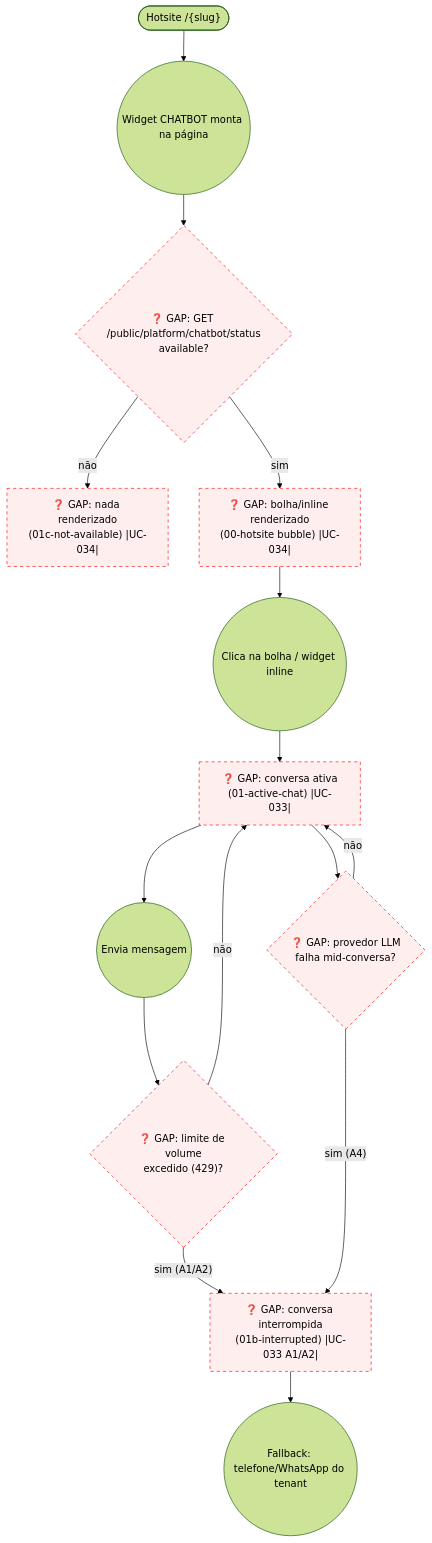
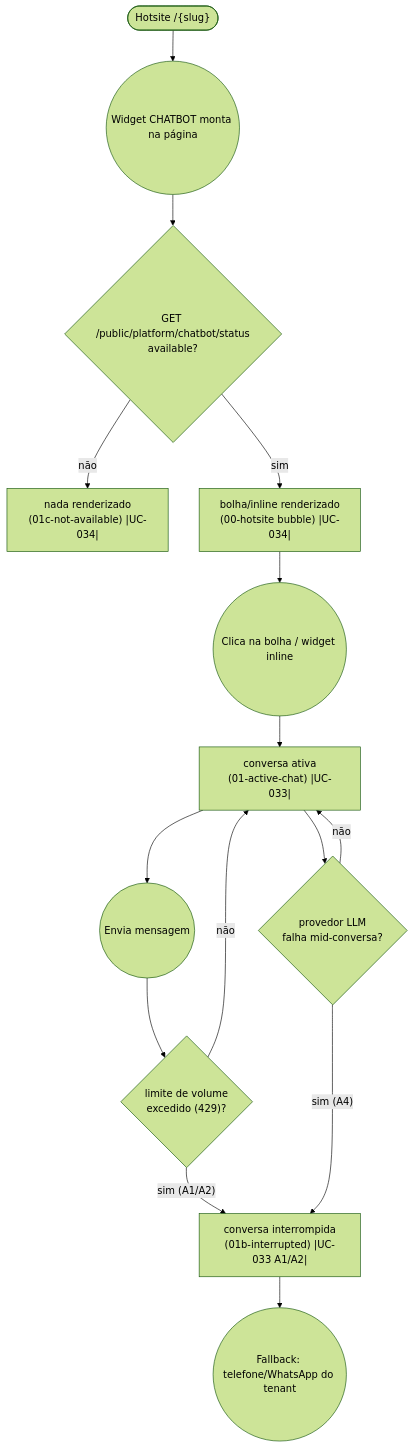
One commit to lmmoreira/ikaro changed the diagram in plan/journey/guest/ask-chatbot.md. Above: the diagram before and after it, drawn with Mermaid (forest theme). The commit also changed other lines of this file and 37 other files, not shown here.

First line of the commit message:
feat(platform): CHATBOT module type + widget component + page.tsx registration (M19-S11) (#385)

````diff
--- a/plan/journey/guest/ask-chatbot.md
+++ b/plan/journey/guest/ask-chatbot.md
@@ -10,25 +10,21 @@
 ```mermaid
 flowchart TD
-    classDef gap stroke:#f00,stroke-dasharray: 5 5,fill:#fee
-
     Start(["Hotsite /{slug}"]) --> Mount(("Widget CHATBOT monta na página"))
-    Mount --> StatusCheck{"❓ GAP: GET /public/platform/chatbot/status<br/>available?"}
-    StatusCheck -- "não" --> NotAvailable["❓ GAP: nada renderizado<br/>(01c-not-available) |UC-034|"]
-    StatusCheck -- "sim" --> Widget["❓ GAP: bolha/inline renderizado<br/>(00-hotsite bubble) |UC-034|"]
+    Mount --> StatusCheck{"GET /public/platform/chatbot/status<br/>available?"}
+    StatusCheck -- "não" --> NotAvailable["nada renderizado<br/>(01c-not-available) |UC-034|"]
+    StatusCheck -- "sim" --> Widget["bolha/inline renderizado<br/>(00-hotsite bubble) |UC-034|"]
 
     Widget --> ClickBubble(("Clica na bolha / widget inline"))
-    ClickBubble --> ActiveChat["❓ GAP: conversa ativa<br/>(01-active-chat) |UC-033|"]
+    ClickBubble --> ActiveChat["conversa ativa<br/>(01-active-chat) |UC-033|"]
 
     ActiveChat --> SendMsg(("Envia mensagem"))
-    SendMsg --> CapCheck{"❓ GAP: limite de volume<br/>excedido (429)?"}
-    CapCheck -- "sim (A1/A2)" --> Interrupted["❓ GAP: conversa interrompida<br/>(01b-interrupted) |UC-033 A1/A2|"]
+    SendMsg --> CapCheck{"limite de volume<br/>excedido (429)?"}
+    CapCheck -- "sim (A1/A2)" --> Interrupted["conversa interrompida<br/>(01b-interrupted) |UC-033 A1/A2|"]
     CapCheck -- "não" --> ActiveChat
 
-    ActiveChat --> ProviderFail{"❓ GAP: provedor LLM<br/>falha mid-conversa?"}
+    ActiveChat --> ProviderFail{"provedor LLM<br/>falha mid-conversa?"}
     ProviderFail -- "sim (A4)" --> Interrupted
     ProviderFail -- "não" --> ActiveChat
 
     Interrupted --> WhatsAppCta(("Fallback: telefone/WhatsApp do tenant"))
-
-    class StatusCheck,NotAvailable,Widget,ActiveChat,CapCheck,Interrupted,ProviderFail gap
 ```
````
